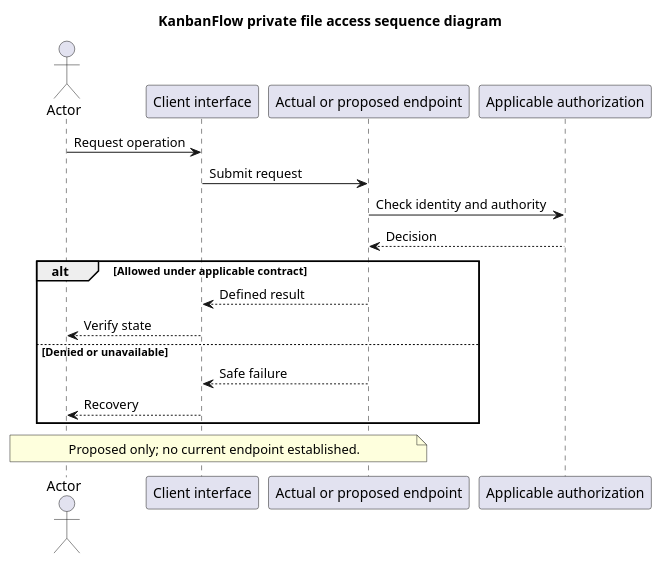
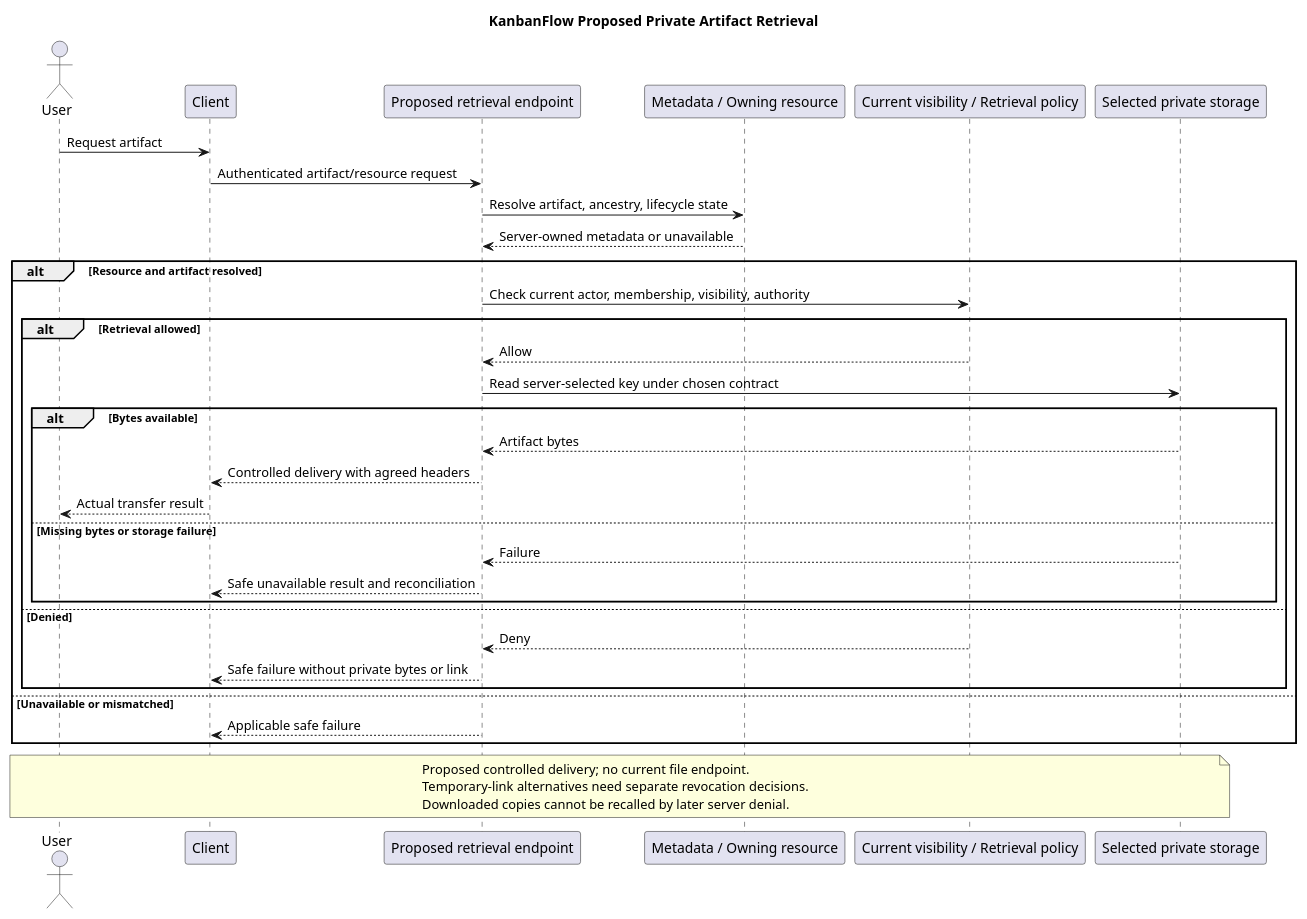
The diagram in docs/SDLC/04-design/private-file-access-sequence-diagram.md (Farhad-Valizadegan/Web-KanbanFlow), drawn with PlantUML before and after one commit. The commit also changed other lines of this file and 2 other files, not shown here.

Commit message:
docs: complete private file access sequence and revocation design

````diff
--- a/docs/SDLC/04-design/private-file-access-sequence-diagram.md
+++ b/docs/SDLC/04-design/private-file-access-sequence-diagram.md
@@ -30,21 +117,40 @@
 ```plantuml
 @startuml
-title KanbanFlow private file access sequence diagram
-actor Actor
-participant "Client interface" as UI
-participant "Actual or proposed endpoint" as API
-participant "Applicable authorization" as Policy
-Actor -> UI : Request operation
-UI -> API : Submit request
-API -> Policy : Check identity and authority
-Policy --> API : Decision
-alt Allowed under applicable contract
- API --> UI : Defined result
- UI --> Actor : Verify state
-else Denied or unavailable
- API --> UI : Safe failure
- UI --> Actor : Recovery
+title KanbanFlow Proposed Private Artifact Retrieval
+actor User
+participant "Client" as Client
+participant "Proposed retrieval endpoint" as API
+participant "Metadata / Owning resource" as Metadata
+participant "Current visibility / Retrieval policy" as Policy
+participant "Selected private storage" as Storage
+User -> Client : Request artifact
+Client -> API : Authenticated artifact/resource request
+API -> Metadata : Resolve artifact, ancestry, lifecycle state
+Metadata --> API : Server-owned metadata or unavailable
+alt Resource and artifact resolved
+ API -> Policy : Check current actor, membership, visibility, authority
+ alt Retrieval allowed
+  Policy --> API : Allow
+  API -> Storage : Read server-selected key under chosen contract
+  alt Bytes available
+   Storage --> API : Artifact bytes
+   API --> Client : Controlled delivery with agreed headers
+   Client --> User : Actual transfer result
+  else Missing bytes or storage failure
+   Storage --> API : Failure
+   API --> Client : Safe unavailable result and reconciliation
+  end
+ else Denied
+  Policy --> API : Deny
+  API --> Client : Safe failure without private bytes or link
+ end
+else Unavailable or mismatched
+ API --> Client : Applicable safe failure
 end
-note over Actor, API : Proposed only; no current endpoint established.
+note over User, Storage
+Proposed controlled delivery; no current file endpoint.
+Temporary-link alternatives need separate revocation decisions.
+Downloaded copies cannot be recalled by later server denial.
+end note
 @enduml
 ```
````
